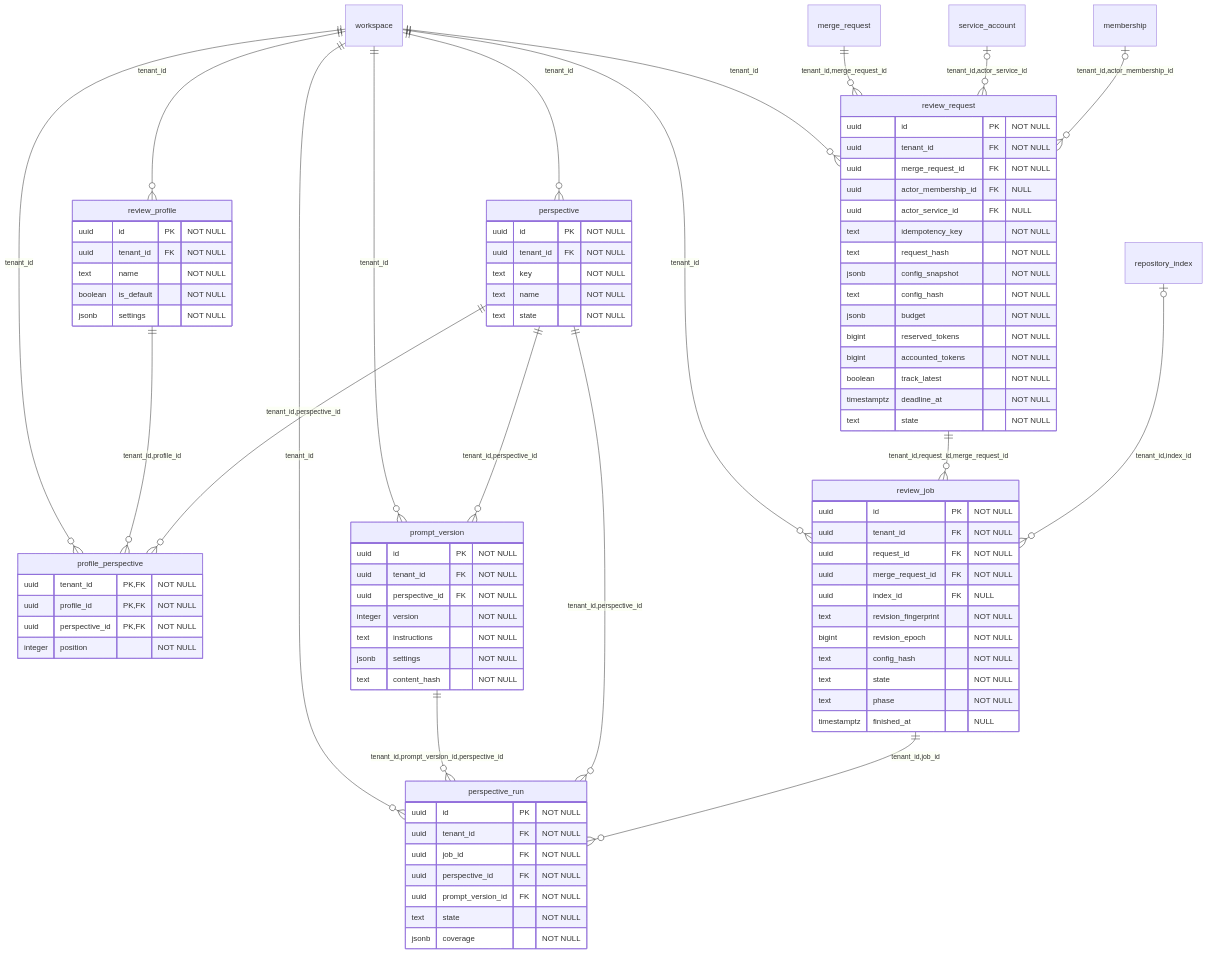
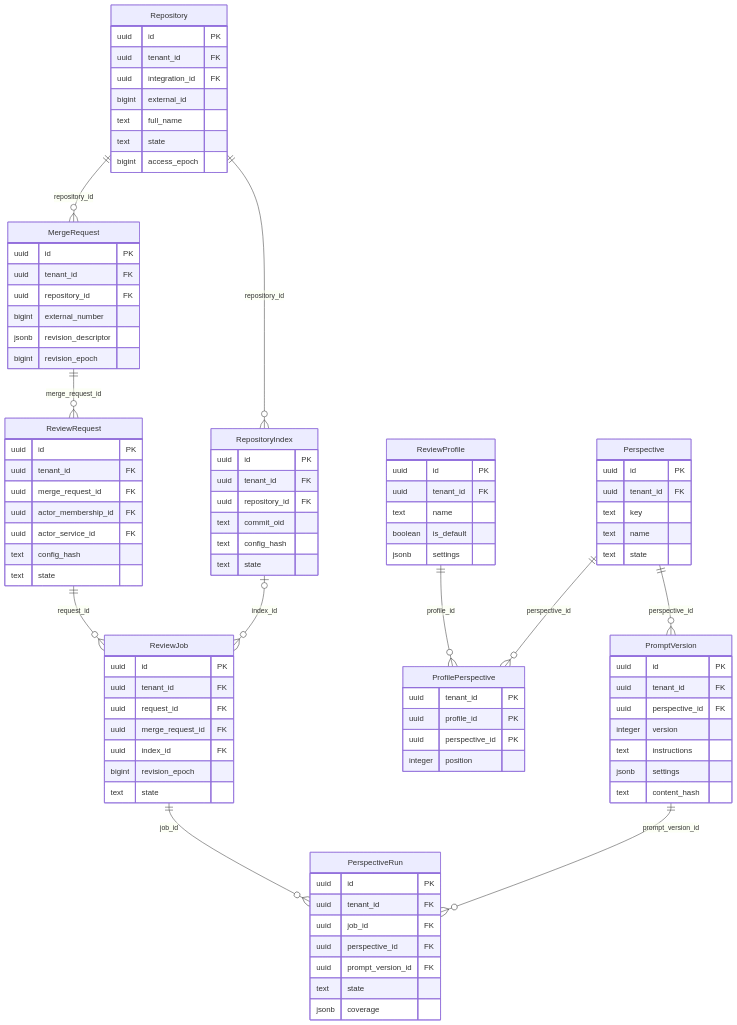
One commit to larchanka-training/dmc-268-api-t5 changed the diagram in docs/erd/review.mmd. Above: the diagram before and after it, drawn with Mermaid. The commit also changed 57 other files, not shown here.

Commit message:
docs: limit issue 6 PR to architecture documentation

```diff
--- a/docs/erd/review.mmd
+++ b/docs/erd/review.mmd
@@ -1,87 +1,92 @@
 erDiagram
-    review_profile {
-        uuid id PK "NOT NULL"
-        uuid tenant_id FK "NOT NULL"
-        text name "NOT NULL"
-        boolean is_default "NOT NULL"
-        jsonb settings "NOT NULL"
+    Repository {
+        uuid id PK
+        uuid tenant_id FK
+        uuid integration_id FK
+        bigint external_id
+        text full_name
+        text state
+        bigint access_epoch
     }
-    perspective {
-        uuid id PK "NOT NULL"
-        uuid tenant_id FK "NOT NULL"
-        text key "NOT NULL"
-        text name "NOT NULL"
-        text state "NOT NULL"
+    MergeRequest {
+        uuid id PK
+        uuid tenant_id FK
+        uuid repository_id FK
+        bigint external_number
+        jsonb revision_descriptor
+        bigint revision_epoch
     }
-    profile_perspective {
-        uuid tenant_id PK,FK "NOT NULL"
-        uuid profile_id PK,FK "NOT NULL"
-        uuid perspective_id PK,FK "NOT NULL"
-        integer position "NOT NULL"
+    RepositoryIndex {
+        uuid id PK
+        uuid tenant_id FK
+        uuid repository_id FK
+        text commit_oid
+        text config_hash
+        text state
     }
-    prompt_version {
-        uuid id PK "NOT NULL"
-        uuid tenant_id FK "NOT NULL"
-        uuid perspective_id FK "NOT NULL"
-        integer version "NOT NULL"
-        text instructions "NOT NULL"
-        jsonb settings "NOT NULL"
-        text content_hash "NOT NULL"
+    ReviewRequest {
+        uuid id PK
+        uuid tenant_id FK
+        uuid merge_request_id FK
+        uuid actor_membership_id FK
+        uuid actor_service_id FK
+        text config_hash
+        text state
     }
-    review_request {
-        uuid id PK "NOT NULL"
-        uuid tenant_id FK "NOT NULL"
-        uuid merge_request_id FK "NOT NULL"
-        uuid actor_membership_id FK "NULL"
-        uuid actor_service_id FK "NULL"
-        text idempotency_key "NOT NULL"
-        text request_hash "NOT NULL"
-        jsonb config_snapshot "NOT NULL"
-        text config_hash "NOT NULL"
-        jsonb budget "NOT NULL"
-        bigint reserved_tokens "NOT NULL"
-        bigint accounted_tokens "NOT NULL"
-        boolean track_latest "NOT NULL"
-        timestamptz deadline_at "NOT NULL"
-        text state "NOT NULL"
+    ReviewJob {
+        uuid id PK
+        uuid tenant_id FK
+        uuid request_id FK
+        uuid merge_request_id FK
+        uuid index_id FK
+        bigint revision_epoch
+        text state
     }
-    review_job {
-        uuid id PK "NOT NULL"
-        uuid tenant_id FK "NOT NULL"
-        uuid request_id FK "NOT NULL"
-        uuid merge_request_id FK "NOT NULL"
-        uuid index_id FK "NULL"
-        text revision_fingerprint "NOT NULL"
-        bigint revision_epoch "NOT NULL"
-        text config_hash "NOT NULL"
-        text state "NOT NULL"
-        text phase "NOT NULL"
-        timestamptz finished_at "NULL"
+    ReviewProfile {
+        uuid id PK
+        uuid tenant_id FK
+        text name
+        boolean is_default
+        jsonb settings
     }
-    perspective_run {
-        uuid id PK "NOT NULL"
-        uuid tenant_id FK "NOT NULL"
-        uuid job_id FK "NOT NULL"
-        uuid perspective_id FK "NOT NULL"
-        uuid prompt_version_id FK "NOT NULL"
-        text state "NOT NULL"
-        jsonb coverage "NOT NULL"
+    ProfilePerspective {
+        uuid tenant_id PK
+        uuid profile_id PK
+        uuid perspective_id PK
+        integer position
     }
-    workspace ||--o{ review_profile : "tenant_id"
-    workspace ||--o{ perspective : "tenant_id"
-    perspective ||--o{ profile_perspective : "tenant_id,perspective_id"
-    review_profile ||--o{ profile_perspective : "tenant_id,profile_id"
-    workspace ||--o{ profile_perspective : "tenant_id"
-    perspective ||--o{ prompt_version : "tenant_id,perspective_id"
-    workspace ||--o{ prompt_version : "tenant_id"
-    membership o|--o{ review_request : "tenant_id,actor_membership_id"
-    service_account o|--o{ review_request : "tenant_id,actor_service_id"
-    merge_request ||--o{ review_request : "tenant_id,merge_request_id"
-    workspace ||--o{ review_request : "tenant_id"
-    repository_index o|--o{ review_job : "tenant_id,index_id"
-    review_request ||--o{ review_job : "tenant_id,request_id,merge_request_id"
-    workspace ||--o{ review_job : "tenant_id"
-    review_job ||--o{ perspective_run : "tenant_id,job_id"
-    perspective ||--o{ perspective_run : "tenant_id,perspective_id"
-    prompt_version ||--o{ perspective_run : "tenant_id,prompt_version_id,perspective_id"
-    workspace ||--o{ perspective_run : "tenant_id"
+    Perspective {
+        uuid id PK
+        uuid tenant_id FK
+        text key
+        text name
+        text state
+    }
+    PromptVersion {
+        uuid id PK
+        uuid tenant_id FK
+        uuid perspective_id FK
+        integer version
+        text instructions
+        jsonb settings
+        text content_hash
+    }
+    PerspectiveRun {
+        uuid id PK
+        uuid tenant_id FK
+        uuid job_id FK
+        uuid perspective_id FK
+        uuid prompt_version_id FK
+        text state
+        jsonb coverage
+    }
+    Repository ||--o{ MergeRequest : "repository_id"
+    Repository ||--o{ RepositoryIndex : "repository_id"
+    MergeRequest ||--o{ ReviewRequest : "merge_request_id"
+    ReviewRequest ||--o{ ReviewJob : "request_id"
+    RepositoryIndex o|--o{ ReviewJob : "index_id"
+    ReviewProfile ||--o{ ProfilePerspective : "profile_id"
+    Perspective ||--o{ ProfilePerspective : "perspective_id"
+    Perspective ||--o{ PromptVersion : "perspective_id"
+    ReviewJob ||--o{ PerspectiveRun : "job_id"
+    PromptVersion ||--o{ PerspectiveRun : "prompt_version_id"
```
